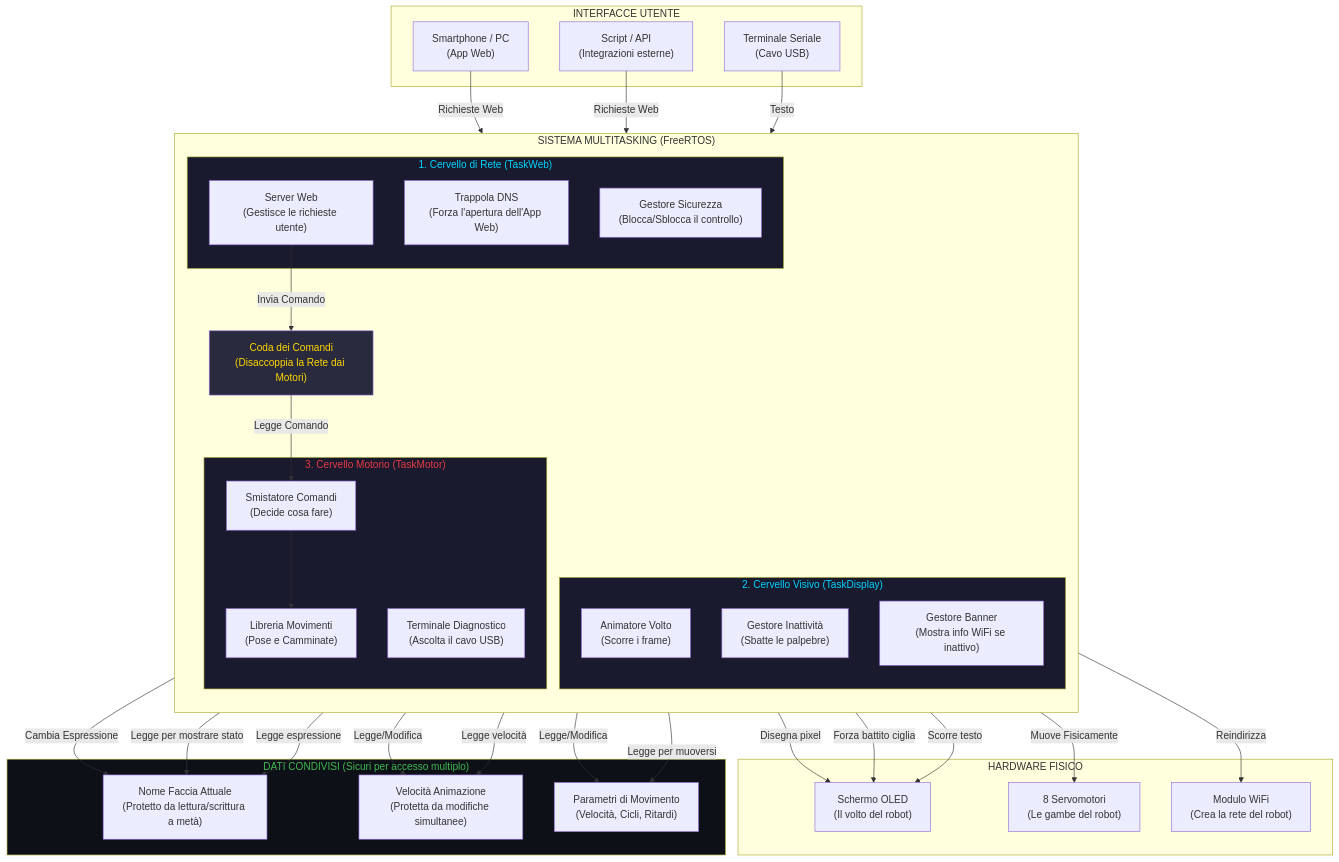
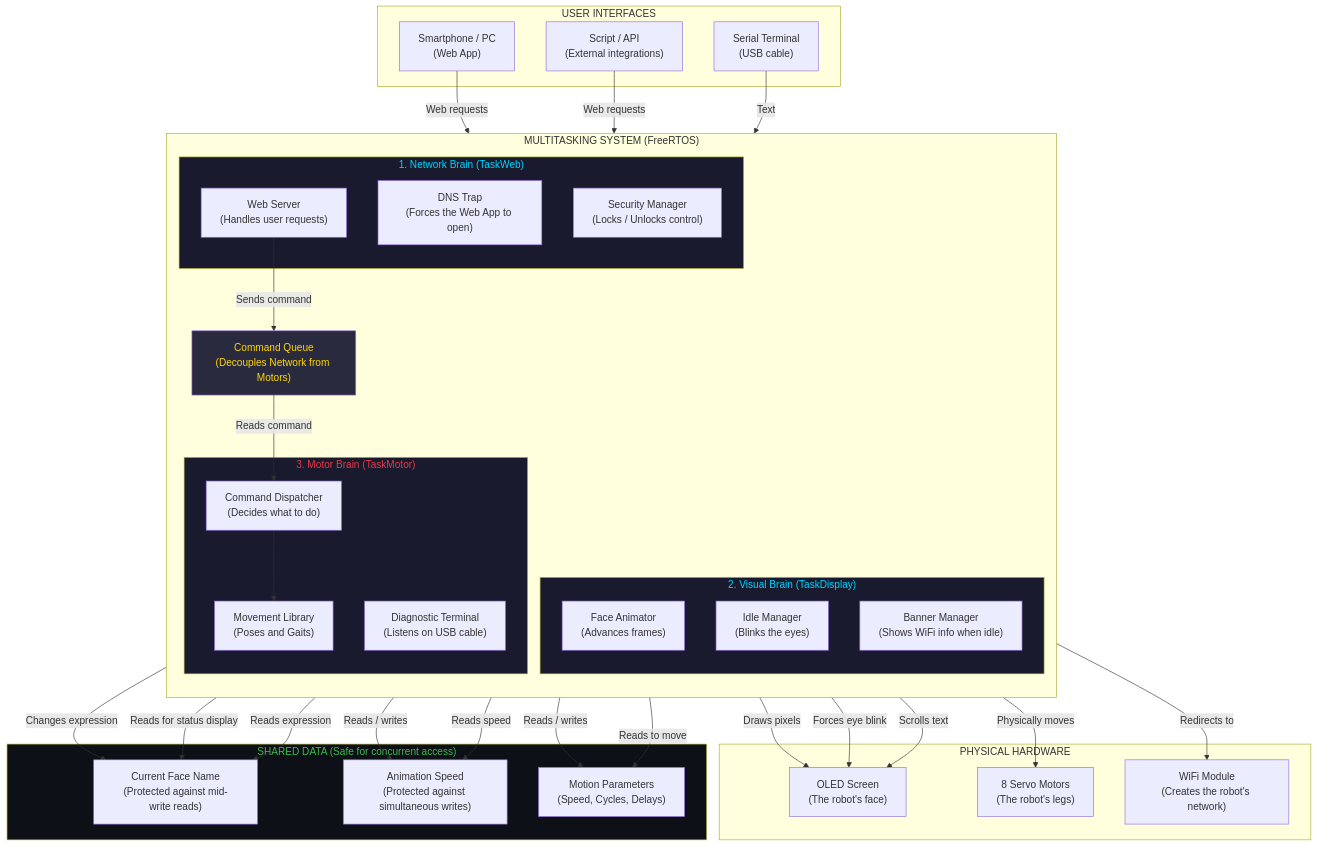
One commit to Stregatto888/Sesame_MuHack changed the diagram in docs/Architecture/architecture4stupid.md. Above: the diagram before and after it, drawn with Mermaid. The commit also changed other lines of this file and 5 other files, not shown here.

Commit message:
docs: add CazziMiei to gitignore, add 4stupid links to README, translate 4stupid diagrams to English

````diff
--- a/docs/Architecture/architecture4stupid.md
+++ b/docs/Architecture/architecture4stupid.md
@@ -5,72 +5,72 @@
 ```mermaid
 graph TB
-subgraph HW["HARDWARE FISICO"]
-OLED["Schermo OLED\n(Il volto del robot)"]
-SERVOS["8 Servomotori\n(Le gambe del robot)"]
-WIFI["Modulo WiFi\n(Crea la rete del robot)"]
+subgraph HW["PHYSICAL HARDWARE"]
+OLED["OLED Screen\n(The robot's face)"]
+SERVOS["8 Servo Motors\n(The robot's legs)"]
+WIFI["WiFi Module\n(Creates the robot's network)"]
 end
 
-    subgraph CLIENTS["INTERFACCE UTENTE"]
-        BROWSER["Smartphone / PC\n(App Web)"]
-        CURL["Script / API\n(Integrazioni esterne)"]
-        SERIAL["Terminale Seriale\n(Cavo USB)"]
+    subgraph CLIENTS["USER INTERFACES"]
+        BROWSER["Smartphone / PC\n(Web App)"]
+        CURL["Script / API\n(External integrations)"]
+        SERIAL["Serial Terminal\n(USB cable)"]
     end
 
-    subgraph RTOS["SISTEMA MULTITASKING (FreeRTOS)"]
+    subgraph RTOS["MULTITASKING SYSTEM (FreeRTOS)"]
         direction TB
 
-        subgraph TW["1. Cervello di Rete (TaskWeb)"]
-            DNS["Trappola DNS\n(Forza l'apertura dell'App Web)"]
-            HTTP["Server Web\n(Gestisce le richieste utente)"]
-            LOCK["Gestore Sicurezza\n(Blocca/Sblocca il controllo)"]
+        subgraph TW["1. Network Brain (TaskWeb)"]
+            DNS["DNS Trap\n(Forces the Web App to open)"]
+            HTTP["Web Server\n(Handles user requests)"]
+            LOCK["Security Manager\n(Locks / Unlocks control)"]
         end
 
-        subgraph TD["2. Cervello Visivo (TaskDisplay)"]
-            TICK["Animatore Volto\n(Scorre i frame)"]
-            IDLE["Gestore Inattività\n(Sbatte le palpebre)"]
-            MARQ["Gestore Banner\n(Mostra info WiFi se inattivo)"]
+        subgraph TD["2. Visual Brain (TaskDisplay)"]
+            TICK["Face Animator\n(Advances frames)"]
+            IDLE["Idle Manager\n(Blinks the eyes)"]
+            MARQ["Banner Manager\n(Shows WiFi info when idle)"]
         end
 
-        CQ["Coda dei Comandi\n(Disaccoppia la Rete dai Motori)"]
+        CQ["Command Queue\n(Decouples Network from Motors)"]
 
-        subgraph TM["3. Cervello Motorio (TaskMotor)"]
-            DISP["Smistatore Comandi\n(Decide cosa fare)"]
-            POSES["Libreria Movimenti\n(Pose e Camminate)"]
-            CLI["Terminale Diagnostico\n(Ascolta il cavo USB)"]
+        subgraph TM["3. Motor Brain (TaskMotor)"]
+            DISP["Command Dispatcher\n(Decides what to do)"]
+            POSES["Movement Library\n(Poses and Gaits)"]
+            CLI["Diagnostic Terminal\n(Listens on USB cable)"]
         end
     end
 
-    subgraph SHARED["DATI CONDIVISI (Sicuri per accesso multiplo)"]
-        FN["Nome Faccia Attuale\n(Protetto da lettura/scrittura a metà)"]
-        FFPS["Velocità Animazione\n(Protetta da modifiche simultanee)"]
-        ATOM["Parametri di Movimento\n(Velocità, Cicli, Ritardi)"]
+    subgraph SHARED["SHARED DATA (Safe for concurrent access)"]
+        FN["Current Face Name\n(Protected against mid-write reads)"]
+        FFPS["Animation Speed\n(Protected against simultaneous writes)"]
+        ATOM["Motion Parameters\n(Speed, Cycles, Delays)"]
     end
 
-    BROWSER -->|Richieste Web| HTTP
-    CURL -->|Richieste Web| HTTP
-    SERIAL -->|Testo| CLI
+    BROWSER -->|Web requests| HTTP
+    CURL -->|Web requests| HTTP
+    SERIAL -->|Text| CLI
 
-    DNS -->|Reindirizza| WIFI
-    HTTP -->|Invia Comando| CQ
-    CQ -->|Legge Comando| DISP
+    DNS -->|Redirects to| WIFI
+    HTTP -->|Sends command| CQ
+    CQ -->|Reads command| DISP
     DISP --> POSES
-    POSES -->|Muove Fisicamente| SERVOS
-    POSES -->|Cambia Espressione| FN
+    POSES -->|Physically moves| SERVOS
+    POSES -->|Changes expression| FN
 
-    HTTP -->|Legge per mostrare stato| FN
-    HTTP -->|Legge/Modifica| FFPS
-    HTTP -->|Legge/Modifica| ATOM
-    TM -->|Legge per muoversi| ATOM
+    HTTP -->|Reads for status display| FN
+    HTTP -->|Reads / writes| FFPS
+    HTTP -->|Reads / writes| ATOM
+    TM -->|Reads to move| ATOM
 
-    TICK -->|Disegna pixel| OLED
-    TICK -->|Legge espressione| FN
-    TICK -->|Legge velocità| FFPS
-    IDLE -->|Forza battito ciglia| OLED
-    MARQ -->|Scorre testo| OLED
+    TICK -->|Draws pixels| OLED
+    TICK -->|Reads expression| FN
+    TICK -->|Reads speed| FFPS
+    IDLE -->|Forces eye blink| OLED
+    MARQ -->|Scrolls text| OLED
 
     style TW fill:#1a1a2e,color:#00d4ff
     style TD fill:#1a1a2e,color:#00d4ff
     style TM fill:#1a1a2e,color:#e63946
     style CQ fill:#2a2a3e,color:#ffd700
     style SHARED fill:#0d1117,color:#3fb950
 ```
````
